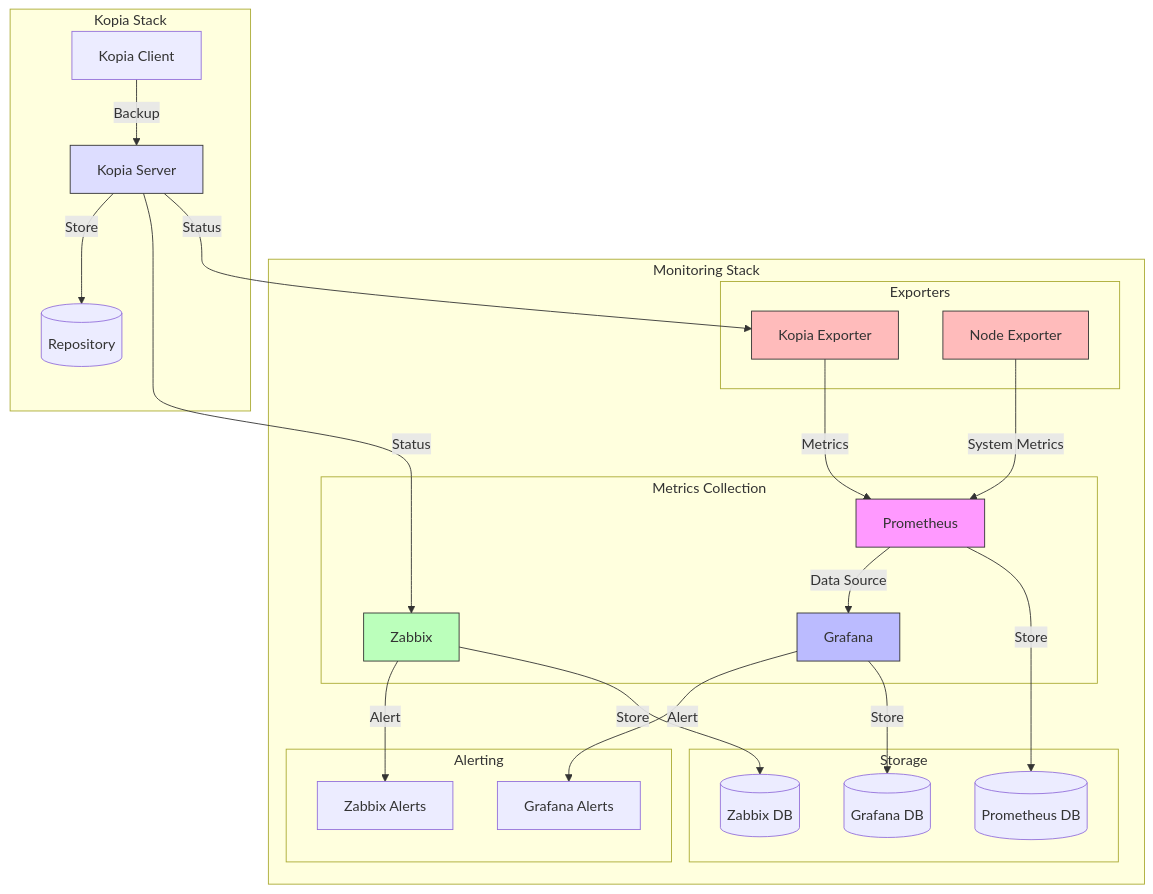
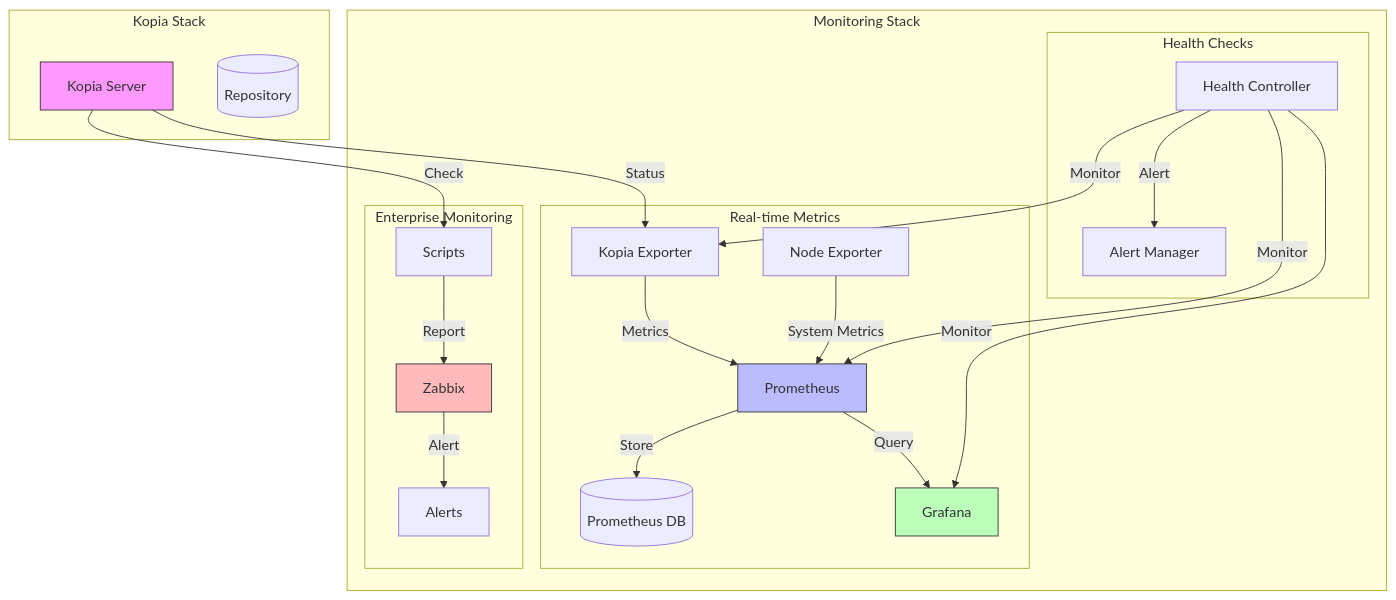
The diagram in monitoring/README.md (eblet/kopia-backup-run), drawn with Mermaid before and after one commit. The commit also changed other lines of this file and 1 other file, not shown here.

````diff
--- a/monitoring/README.md
+++ b/monitoring/README.md
@@ -11,59 +12,48 @@
 ```mermaid
 graph TB
     subgraph "Monitoring Stack"
-        subgraph "Metrics Collection"
-            P[Prometheus]
-            G[Grafana]
-            Z[Zabbix]
-        end
-        
-        subgraph "Storage"
-            PD[(Prometheus DB)]
-            GD[(Grafana DB)]
-            ZD[(Zabbix DB)]
-        end
-        
-        subgraph "Exporters"
+        subgraph "Real-time Metrics"
             KE[Kopia Exporter]
             NE[Node Exporter]
+            P[Prometheus]
+            PD[(Prometheus DB)]
+            G[Grafana]
         end
-        
-        subgraph "Alerting"
-            GA[Grafana Alerts]
-            ZA[Zabbix Alerts]
+
+        subgraph "Enterprise Monitoring"
+            Z[Zabbix]
+            ZA[Alerts]
+            ZS[Scripts]
+        end
+
+        subgraph "Health Checks"
+            HC[Health Controller]
+            AM[Alert Manager]
         end
     end
 
     subgraph "Kopia Stack"
         KS[Kopia Server]
-        KC[Kopia Client]
         R[(Repository)]
     end
 
-    %% Metrics Flow
+    KS -->|Status| KE
     KE -->|Metrics| P
     NE -->|System Metrics| P
-    KS -->|Status| KE
     P -->|Store| PD
+    P -->|Query| G
     
-    %% Visualization
-    P -->|Data Source| G
-    G -->|Store| GD
-    G -->|Alert| GA
-    
-    %% Zabbix Flow
-    KS -->|Status| Z
-    Z -->|Store| ZD
+    KS -->|Check| ZS
+    ZS -->|Report| Z
     Z -->|Alert| ZA
     
-    %% Kopia Flow
-    KC -->|Backup| KS
-    KS -->|Store| R
+    HC -->|Monitor| KE
+    HC -->|Monitor| P
+    HC -->|Monitor| G
+    HC -->|Alert| AM
 
-    style P fill:#f9f,stroke:#333
-    style G fill:#bbf,stroke:#333
-    style Z fill:#bfb,stroke:#333
-    style KE fill:#fbb,stroke:#333
-    style NE fill:#fbb,stroke:#333
-    style KS fill:#ddf,stroke:#333
+    style KS fill:#f9f,stroke:#333
+    style P fill:#bbf,stroke:#333
+    style G fill:#bfb,stroke:#333
+    style Z fill:#fbb,stroke:#333
 ```
````
